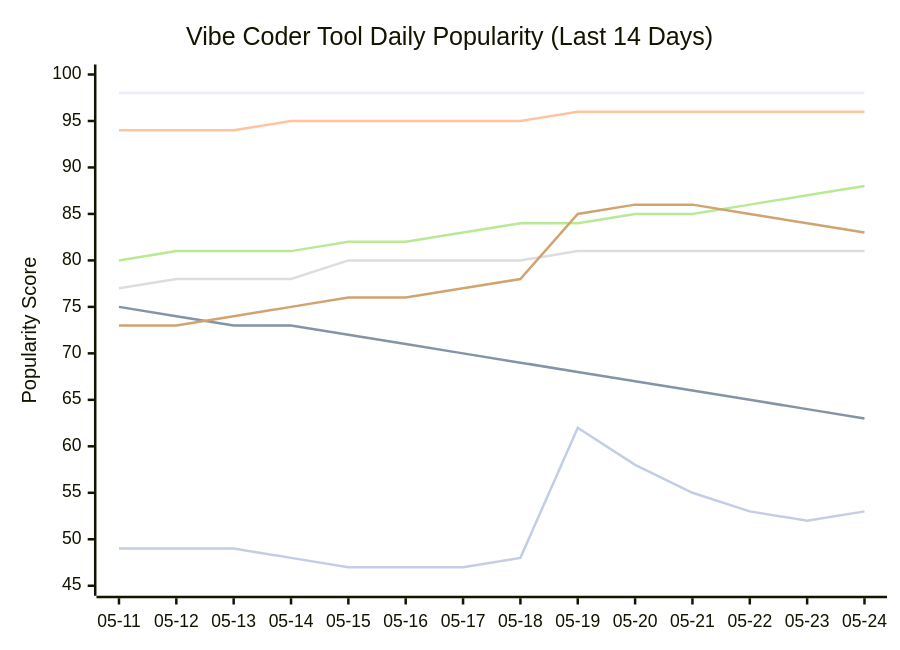
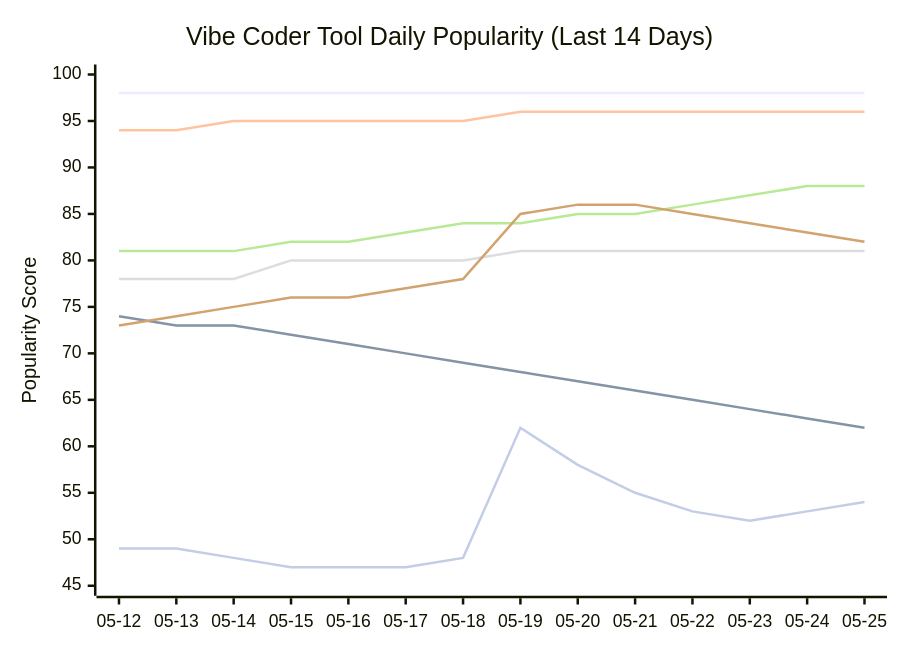
One commit to tykimos/ai-whatchelin changed the seventh of 11 diagrams in README.md. Above: the diagram before and after it, drawn with Mermaid. The commit also changed other lines of this file and 4 other files, not shown here.

````diff
--- a/README.md
+++ b/README.md
@@ -986,13 +996,13 @@
 ```mermaid
 xychart-beta
     title "Vibe Coder Tool Daily Popularity (Last 14 Days)"
-    x-axis ["05-11", "05-12", "05-13", "05-14", "05-15", "05-16", "05-17", "05-18", "05-19", "05-20", "05-21", "05-22", "05-23", "05-24"]
+    x-axis ["05-12", "05-13", "05-14", "05-15", "05-16", "05-17", "05-18", "05-19", "05-20", "05-21", "05-22", "05-23", "05-24", "05-25"]
     y-axis "Popularity Score" 45 --> 100
     line "Claude Code" [98, 98, 98, 98, 98, 98, 98, 98, 98, 98, 98, 98, 98, 98]
-    line "GH Copilot" [75, 74, 73, 73, 72, 71, 70, 69, 68, 67, 66, 65, 64, 63]
-    line "Cursor" [94, 94, 94, 95, 95, 95, 95, 95, 96, 96, 96, 96, 96, 96]
-    line "Windsurf" [77, 78, 78, 78, 80, 80, 80, 80, 81, 81, 81, 81, 81, 81]
-    line "Codex CLI" [80, 81, 81, 81, 82, 82, 83, 84, 84, 85, 85, 86, 87, 88]
-    line "Gemini CLI" [73, 73, 74, 75, 76, 76, 77, 78, 85, 86, 86, 85, 84, 83]
-    line "Antigravity" [49, 49, 49, 48, 47, 47, 47, 48, 62, 58, 55, 53, 52, 53]
+    line "GH Copilot" [74, 73, 73, 72, 71, 70, 69, 68, 67, 66, 65, 64, 63, 62]
+    line "Cursor" [94, 94, 95, 95, 95, 95, 95, 96, 96, 96, 96, 96, 96, 96]
+    line "Windsurf" [78, 78, 78, 80, 80, 80, 80, 81, 81, 81, 81, 81, 81, 81]
+    line "Codex CLI" [81, 81, 81, 82, 82, 83, 84, 84, 85, 85, 86, 87, 88, 88]
+    line "Gemini CLI" [73, 74, 75, 76, 76, 77, 78, 85, 86, 86, 85, 84, 83, 82]
+    line "Antigravity" [49, 49, 48, 47, 47, 47, 48, 62, 58, 55, 53, 52, 53, 54]
 ```
````
